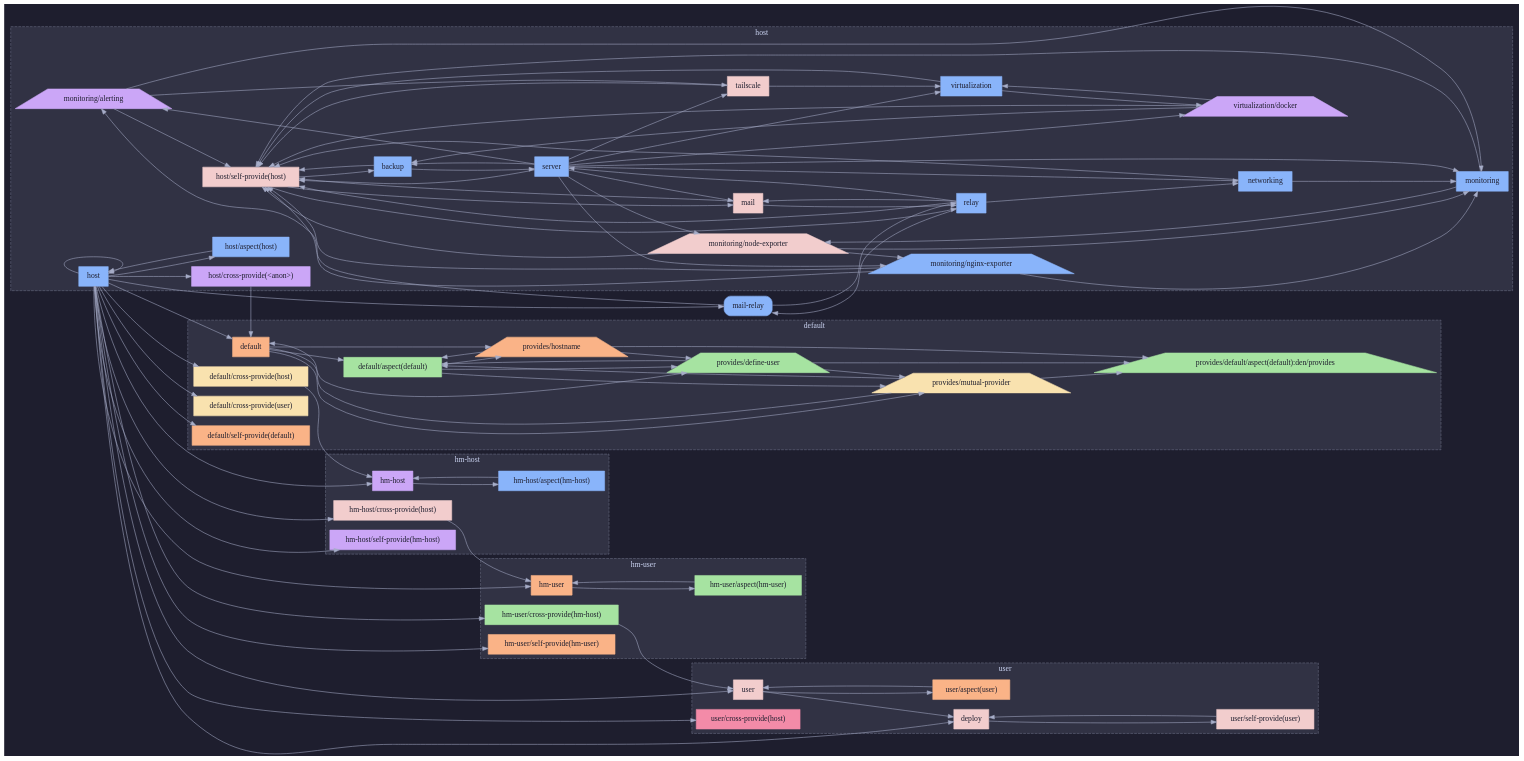
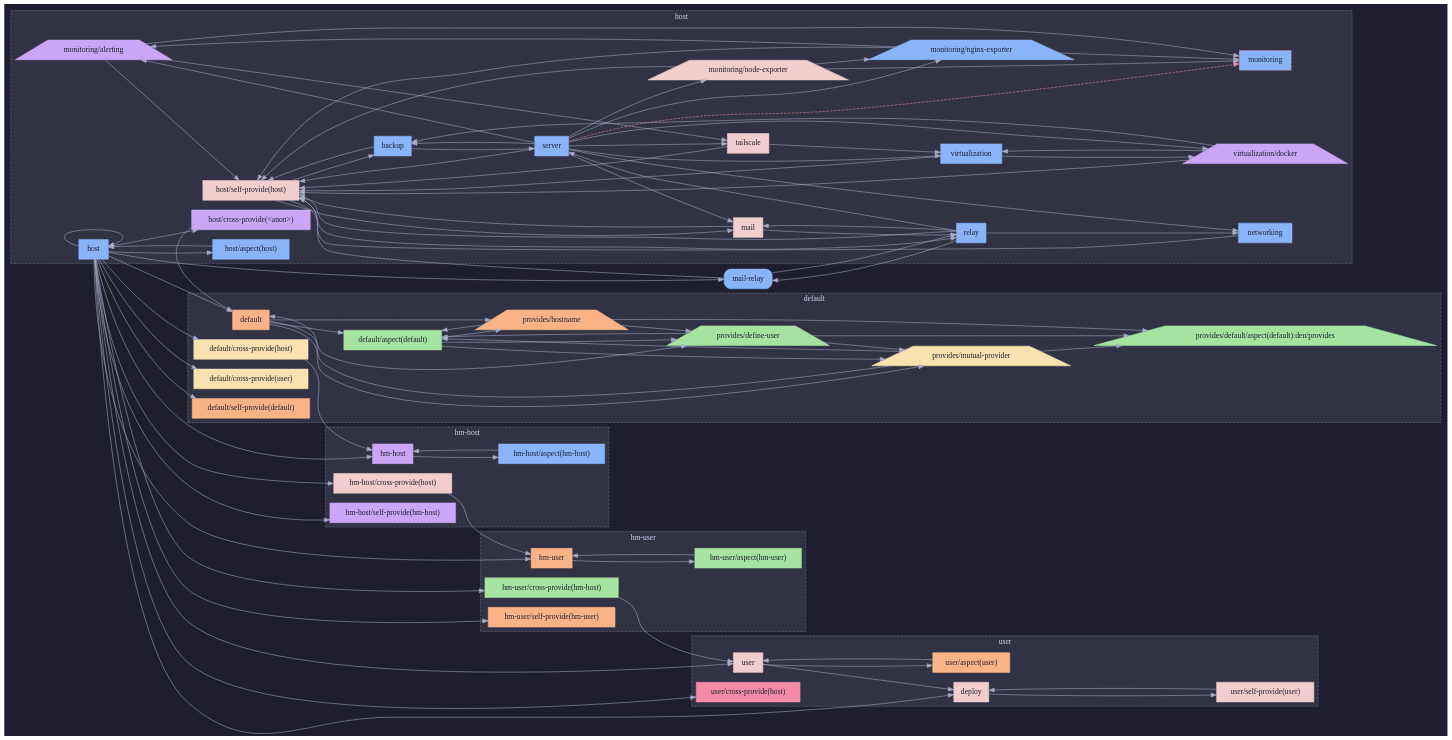
One commit to sini/den changed the second of 3 diagrams in templates/diag-fx-demo/diagrams/mail-relay-dag.md. Above: the diagram before and after it, drawn with Graphviz. The commit also changed other lines of this file and 526 other files, not shown here.

Commit message:
chore: update fx diagrams

```diff
--- a/templates/diag-fx-demo/diagrams/mail-relay-dag.md
+++ b/templates/diag-fx-demo/diagrams/mail-relay-dag.md
@@ -225,7 +222,7 @@
   host__cross_provide__anon__ [label="host/cross-provide(<anon>)",shape=box,style=filled,fillcolor="#cba6f7",color="#cba6f7",fontcolor="#1e1e2e"];
   host__self_provide_host_ [label="host/self-provide(host)",shape=box,style=filled,fillcolor="#f2cdcd",color="#f2cdcd",fontcolor="#1e1e2e"];
   mail [label="mail",shape=box,style=filled,fillcolor="#f2cdcd",color="#f2cdcd",fontcolor="#1e1e2e"];
-  monitoring [label="monitoring",shape=box,style=filled,fillcolor="#89b4fa",color="#89b4fa",fontcolor="#1e1e2e"];
+  monitoring [label="monitoring",shape=box,style="filled,dashed",fillcolor="#89b4fa",color="#f38ba8",fontcolor="#1e1e2e"];
   networking [label="networking",shape=box,style=filled,fillcolor="#89b4fa",color="#89b4fa",fontcolor="#1e1e2e"];
   monitoring__nginx_exporter [label="monitoring/nginx-exporter",shape=trapezium,style=filled,fillcolor="#89b4fa",color="#89b4fa",fontcolor="#1e1e2e"];
   monitoring__node_exporter [label="monitoring/node-exporter",shape=trapezium,style=filled,fillcolor="#f2cdcd",color="#f2cdcd",fontcolor="#1e1e2e"];
@@ -337,8 +334,6 @@
   mail -> relay;
   mail_relay -> host__self_provide_host_;
   mail_relay -> relay;
-  monitoring -> host__self_provide_host_;
-  monitoring -> monitoring__node_exporter;
   monitoring__alerting -> host__self_provide_host_;
   monitoring__alerting -> tailscale;
   monitoring__nginx_exporter -> monitoring__alerting;
@@ -346,7 +341,6 @@
   monitoring__node_exporter -> host__self_provide_host_;
   monitoring__node_exporter -> monitoring__nginx_exporter;
   networking -> host__self_provide_host_;
-  networking -> monitoring;
   relay -> host__self_provide_host_;
   relay -> mail;
   relay -> mail_relay;
@@ -357,7 +351,7 @@
   server -> virtualization__docker;
   server -> host__self_provide_host_;
   server -> mail;
-  server -> monitoring;
+  server -> monitoring [style=dashed,color="#f38ba8"];
   server -> networking;
   server -> monitoring__nginx_exporter;
   server -> monitoring__node_exporter;
```
